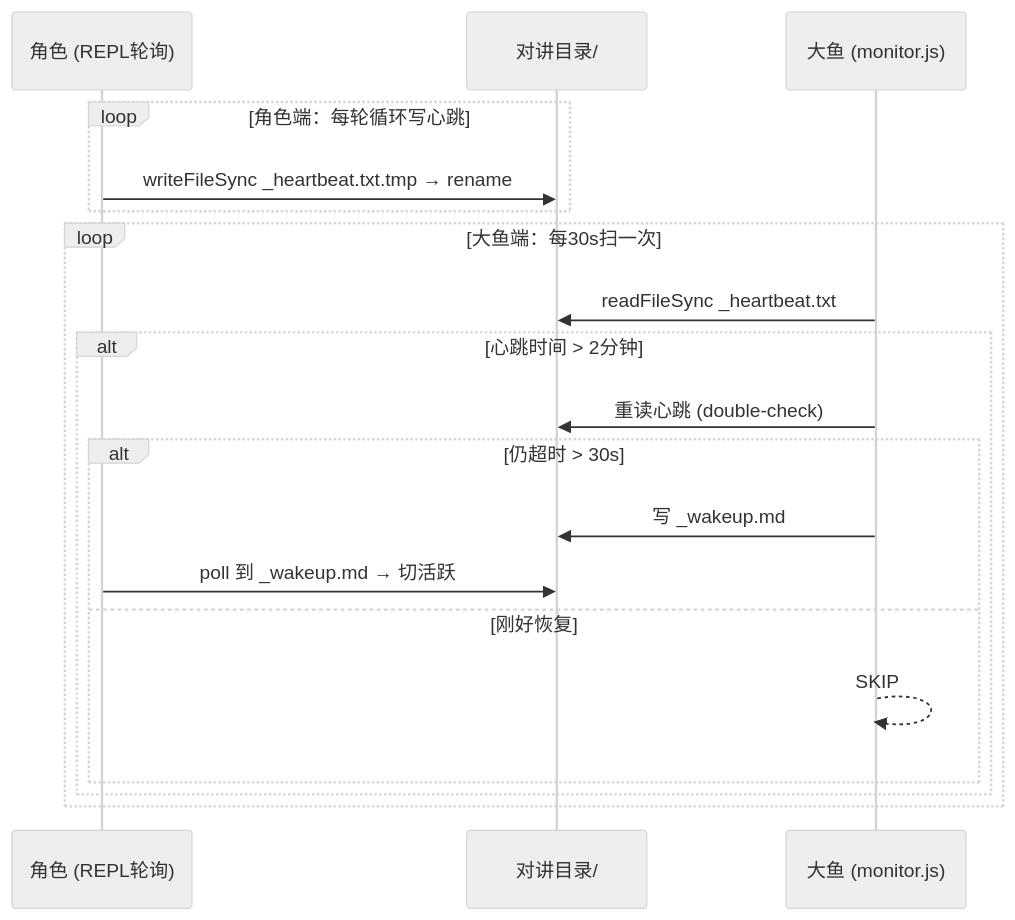
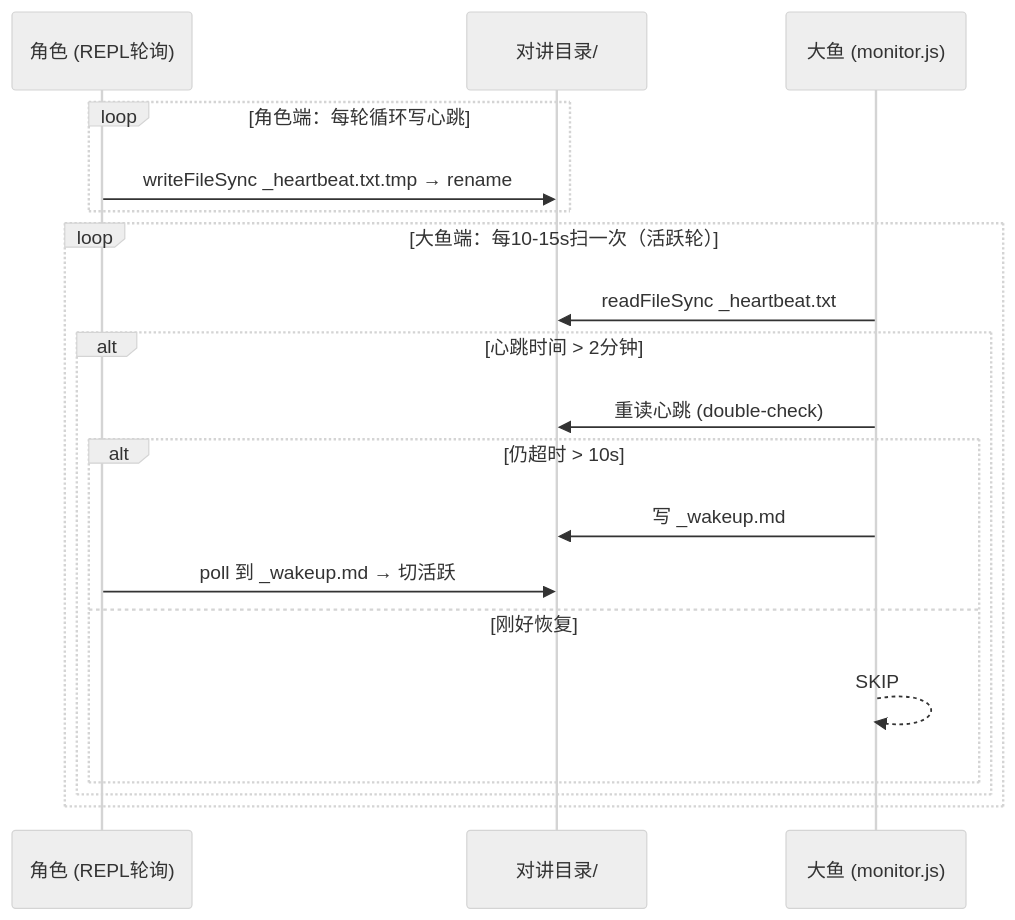
One commit to whereismymindM/Codex-Ninja changed the eighth of 11 diagrams in 设计文档/初代-codex-ninja.md. Above: the diagram before and after it, drawn with Mermaid (neutral theme). The commit also changed other lines of this file and 17 other files, not shown here.

````diff
--- a/设计文档/初代-codex-ninja.md
+++ b/设计文档/初代-codex-ninja.md
@@ -240,23 +240,23 @@
 ```mermaid
 sequenceDiagram
     participant 角色 as 角色 (REPL轮询)
     participant 对讲目录 as 对讲目录/
     participant 大鱼 as 大鱼 (monitor.js)
 
     loop 角色端：每轮循环写心跳
         角色->>对讲目录: writeFileSync _heartbeat.txt.tmp → rename
     end
 
-    loop 大鱼端：每30s扫一次
+    loop 大鱼端：每10-15s扫一次（活跃轮）
         大鱼->>对讲目录: readFileSync _heartbeat.txt
         alt 心跳时间 > 2分钟
             大鱼->>对讲目录: 重读心跳 (double-check)
-            alt 仍超时 > 30s
+            alt 仍超时 > 10s
                 大鱼->>对讲目录: 写 _wakeup.md
                 角色->>对讲目录: poll 到 _wakeup.md → 切活跃
             else 刚好恢复
                 大鱼-->>大鱼: SKIP
             end
         end
     end
 ```
````
